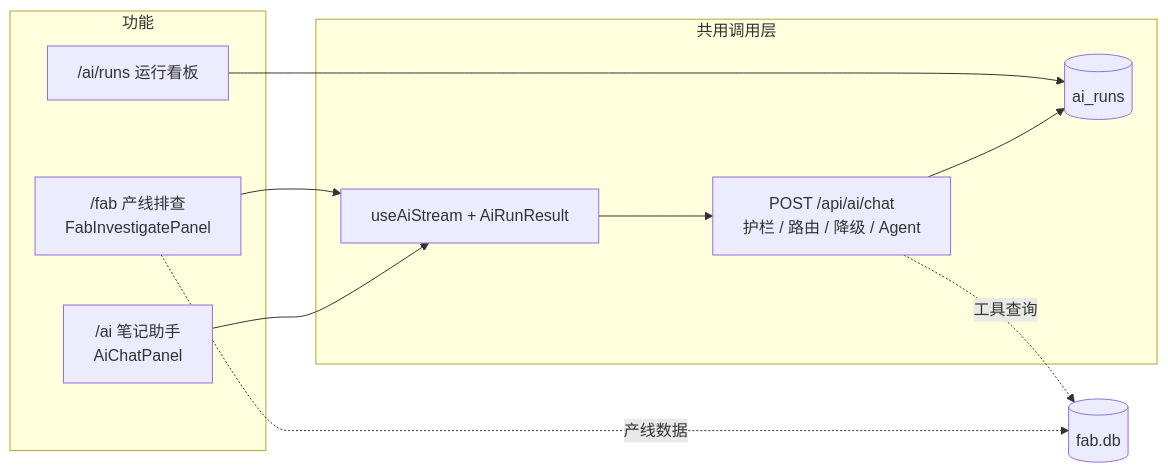
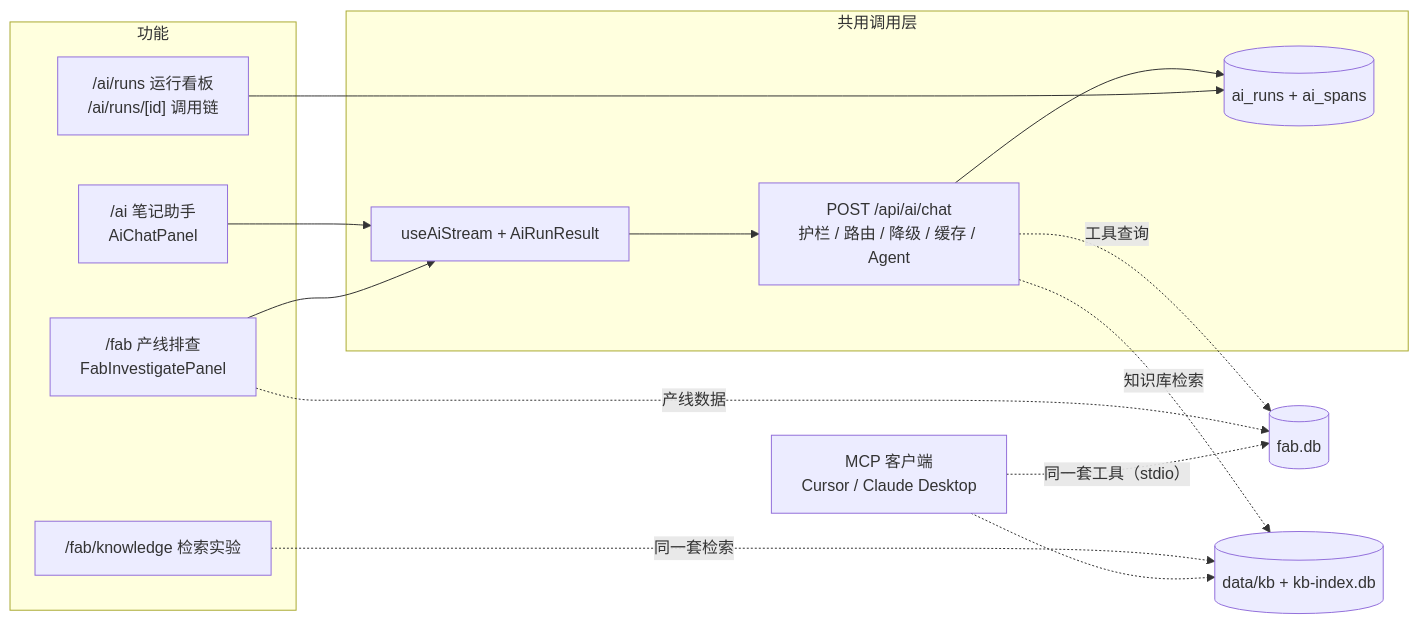
Before and after one commit to sunguchuan/star-track-demo: the diagram in docs/ai-design.md, drawn with Mermaid. The commit also changed other lines of this file and 103 other files, not shown here.

Commit message:
发布性能成本优化、知识库检索（RAG）、Langfuse 调用链与 MCP Server：回答缓存与分级模型省钱提速，排查结论可引用 SOP / 处置手册 / 历史事故，每次调用可追溯，Cursor 可直接调用产线工具；修复英文范围外问题误触发强制查数，以及 CI 评测打分模型为空。

````diff
--- a/docs/ai-design.md
+++ b/docs/ai-design.md
@@ -82,20 +85,25 @@
 ```mermaid
 flowchart LR
   subgraph 功能
     A["/ai 笔记助手<br/>AiChatPanel"]
     B["/fab 产线排查<br/>FabInvestigatePanel"]
-    C["/ai/runs 运行看板"]
+    C["/ai/runs 运行看板<br/>/ai/runs/[id] 调用链"]
+    K["/fab/knowledge 检索实验"]
   end
   subgraph 共用调用层
     H["useAiStream + AiRunResult"]
-    G["POST /api/ai/chat<br/>护栏 / 路由 / 降级 / Agent"]
-    R[("ai_runs")]
+    G["POST /api/ai/chat<br/>护栏 / 路由 / 降级 / 缓存 / Agent"]
+    R[("ai_runs + ai_spans")]
   end
   A --> H
   B --> H
   H --> G
   G --> R
   C --> R
   B -.产线数据.-> F[("fab.db")]
   G -.工具查询.-> F
+  G -.知识库检索.-> KB[("data/kb + kb-index.db")]
+  K -.同一套检索.-> KB
+  M["MCP 客户端<br/>Cursor / Claude Desktop"] -.同一套工具（stdio）.-> F
+  M -.-> KB
 ```
````
